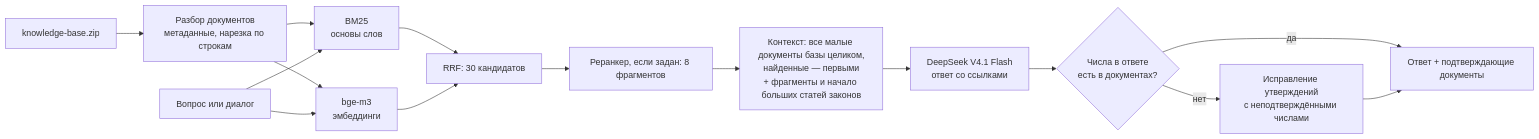
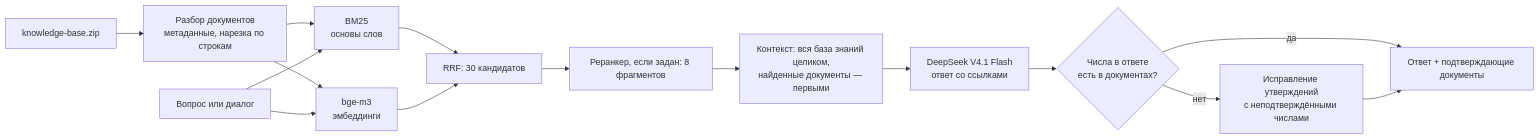
The diagram in README.md (Asebaie/Triple-I), drawn with Mermaid before and after one commit. The commit also changed other lines of this file, not shown here.

````diff
--- a/README.md
+++ b/README.md
@@ -7,17 +7,17 @@
 ```mermaid
 flowchart LR
     KB[knowledge-base.zip] --> P[Разбор документов<br/>метаданные, нарезка по строкам]
     P --> BM[BM25<br/>основы слов]
     P --> E[bge-m3<br/>эмбеддинги]
     Q[Вопрос или диалог] --> BM
     Q --> E
     BM --> F[RRF: 30 кандидатов]
     E --> F
     F --> R[Реранкер, если задан: 8 фрагментов]
-    R --> C[Контекст: все малые документы базы целиком,<br/>найденные — первыми<br/>+ фрагменты и начало больших статей законов]
+    R --> C[Контекст: вся база знаний целиком,<br/>найденные документы — первыми]
     C --> G[DeepSeek V4.1 Flash<br/>ответ со ссылками]
     G --> V{Числа в ответе<br/>есть в документах?}
     V -->|да| A[Ответ + подтверждающие документы]
     V -->|нет| G2[Исправление утверждений<br/>с неподтверждёнными числами]
     G2 --> A
 ```
````
